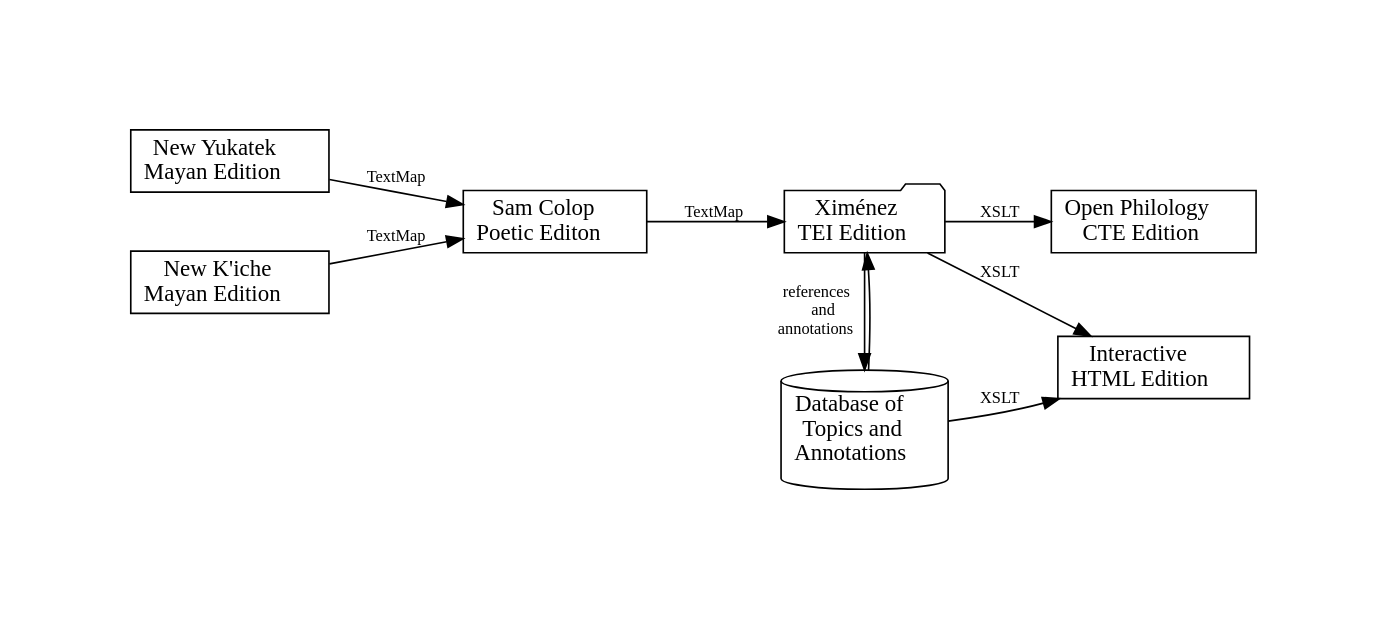
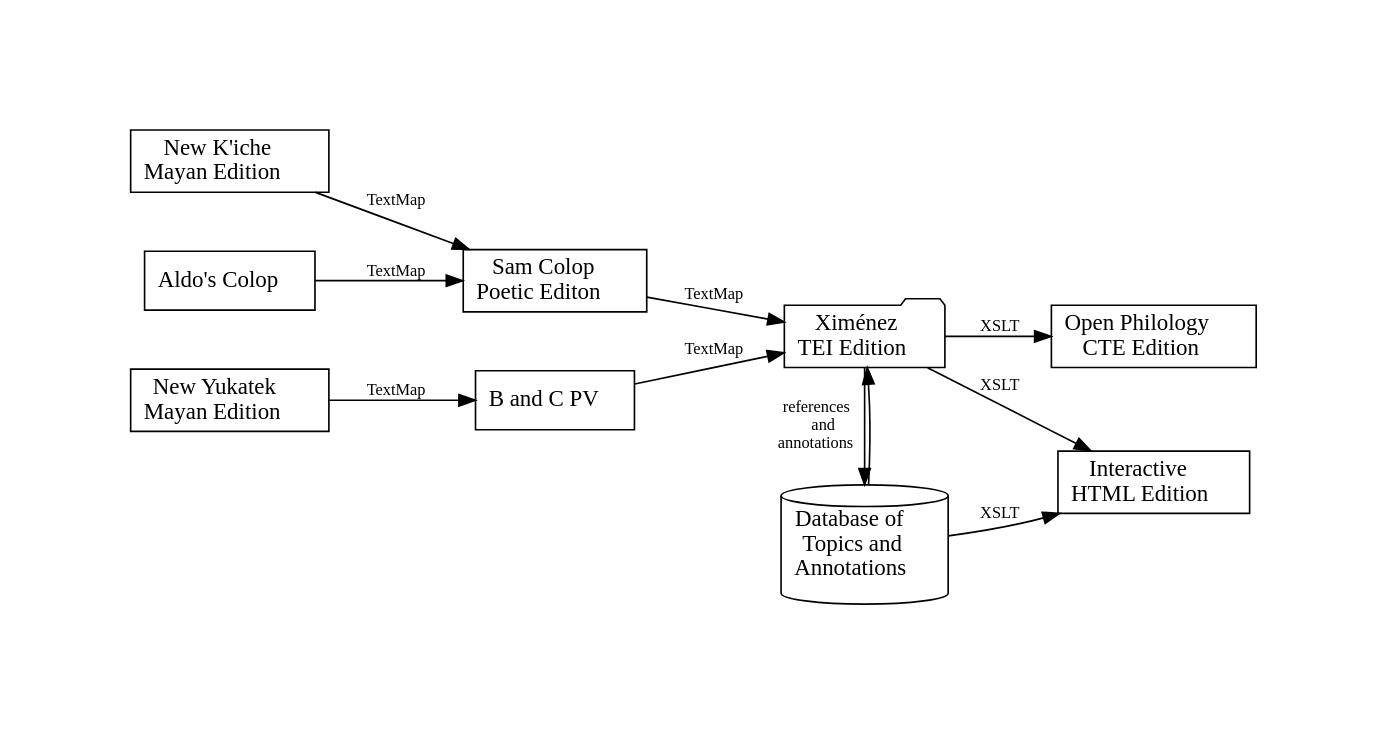
One commit to Multepal/popolwuj-original changed the diagram in exhibits/info-arch.dot. Above: the diagram before and after it, drawn with Graphviz. The commit also changed 9 other files, not shown here.

```diff
--- a/exhibits/info-arch.dot
+++ b/exhibits/info-arch.dot
@@ -1,30 +1,33 @@
 digraph InfoArch {
 
     rankdir=LR
     graph [pad="1", nodesep=".5", ranksep=".5", overlap=false]
     edge [fontsize=10, labelfloat=false]
     node [shape="rounded"]
 
     XOM [label=<Ximénez<br/>TEI Edition> shape=folder]
     HTML [label=<Interactive<br/>HTML Edition>]
     CTE [label=<Open Philology<br/>CTE Edition>]
     DRUPAL [label=<Database of<br/>Topics and<br/>Annotations> shape=cylinder]
     COLOP [label=<Sam Colop<br/>Poetic Editon>]
     MAYAN1 [label=<New Yukatek<br/>Mayan Edition>]
     MAYAN2 [label=<New K'iche<br/>Mayan Edition>]
+    COLOP2 [label=<Aldo's Colop>]
+    PVX [label=<B and C PV>]
 
     {XOM, DRUPAL} -> HTML [label="XSLT"]
     XOM -> DRUPAL [label=<references&nbsp;&nbsp;<br/>and&nbsp;&nbsp;<br/>annotations&nbsp;&nbsp;>]
     DRUPAL -> XOM [label=""]
     XOM -> CTE [label="XSLT"] 
 
     /* XOM -> COLOP -> {MAYAN1, MAYAN2} [label="TextMap"] */
 
-    {MAYAN1, MAYAN2} -> COLOP -> XOM [label="TextMap"]
+    {MAYAN2; COLOP2} -> COLOP -> XOM [label="TextMap"]
+    MAYAN1 -> PVX -> XOM [label="TextMap"]
     
     {rank=same; HTML; CTE}
     {rank=same; MAYAN2; MAYAN2}
     {rank=same; XOM; DRUPAL}
 
 
 }
```
